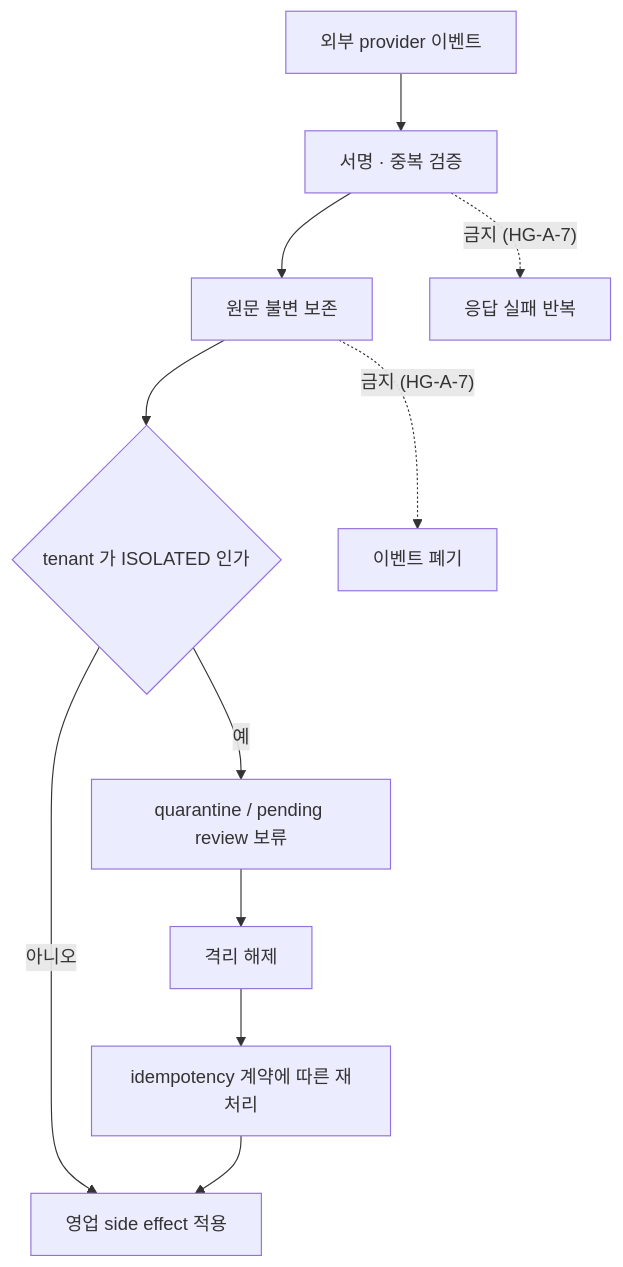
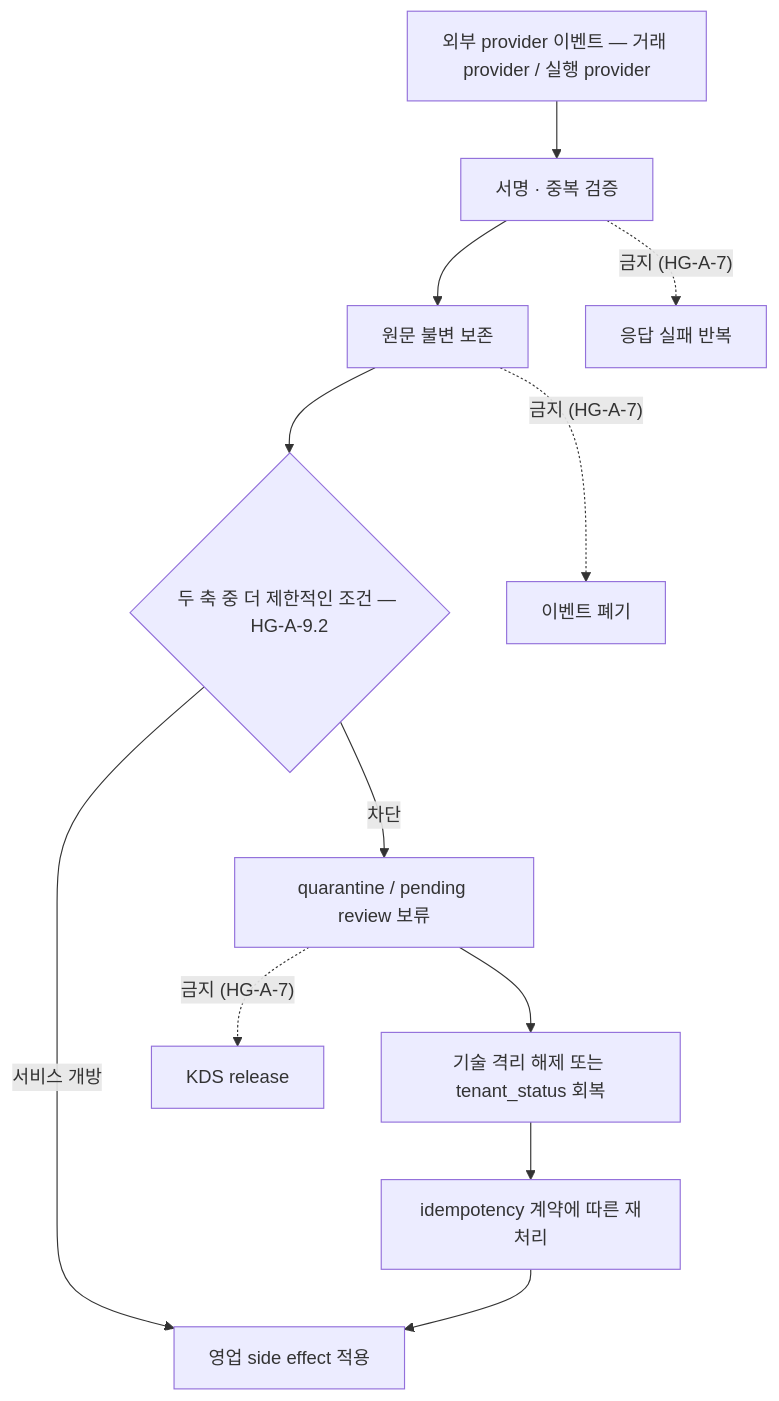
The sixth of 7 diagrams in docs/600000_implementation_lifecycle/601800_tenant_lifecycle_rpc_alignment/601803_Diagram_Tenant_Lifecycle_State_Machine.md (mirunubi/yoonsul_wait_order_handoff), drawn with Mermaid before and after one commit. The commit also changed other lines of this file, not shown here.

````diff
--- a/docs/600000_implementation_lifecycle/601800_tenant_lifecycle_rpc_alignment/601803_Diagram_Tenant_Lifecycle_State_Machine.md
+++ b/docs/600000_implementation_lifecycle/601800_tenant_lifecycle_rpc_alignment/601803_Diagram_Tenant_Lifecycle_State_Machine.md
@@ -225,13 +344,14 @@
 ```mermaid
 graph TD
-    E["외부 provider 이벤트"] --> V["서명 · 중복 검증"]
+    E["외부 provider 이벤트 — 거래 provider / 실행 provider"] --> V["서명 · 중복 검증"]
     V --> R["원문 불변 보존"]
-    R --> Q{"tenant 가 ISOLATED 인가"}
-    Q -->|"아니오"| P["영업 side effect 적용"]
-    Q -->|"예"| H["quarantine / pending review 보류"]
-    H --> U["격리 해제"]
+    R --> Q{"두 축 중 더 제한적인 조건 — HG-A-9.2"}
+    Q -->|"서비스 개방"| P["영업 side effect 적용"]
+    Q -->|"차단"| H["quarantine / pending review 보류"]
+    H --> U["기술 격리 해제 또는 tenant_status 회복"]
     U --> I["idempotency 계약에 따른 재처리"]
     I --> P
     R -.->|"금지 (HG-A-7)"| D["이벤트 폐기"]
     V -.->|"금지 (HG-A-7)"| F["응답 실패 반복"]
+    H -.->|"금지 (HG-A-7)"| K["KDS release"]
 ```
````
